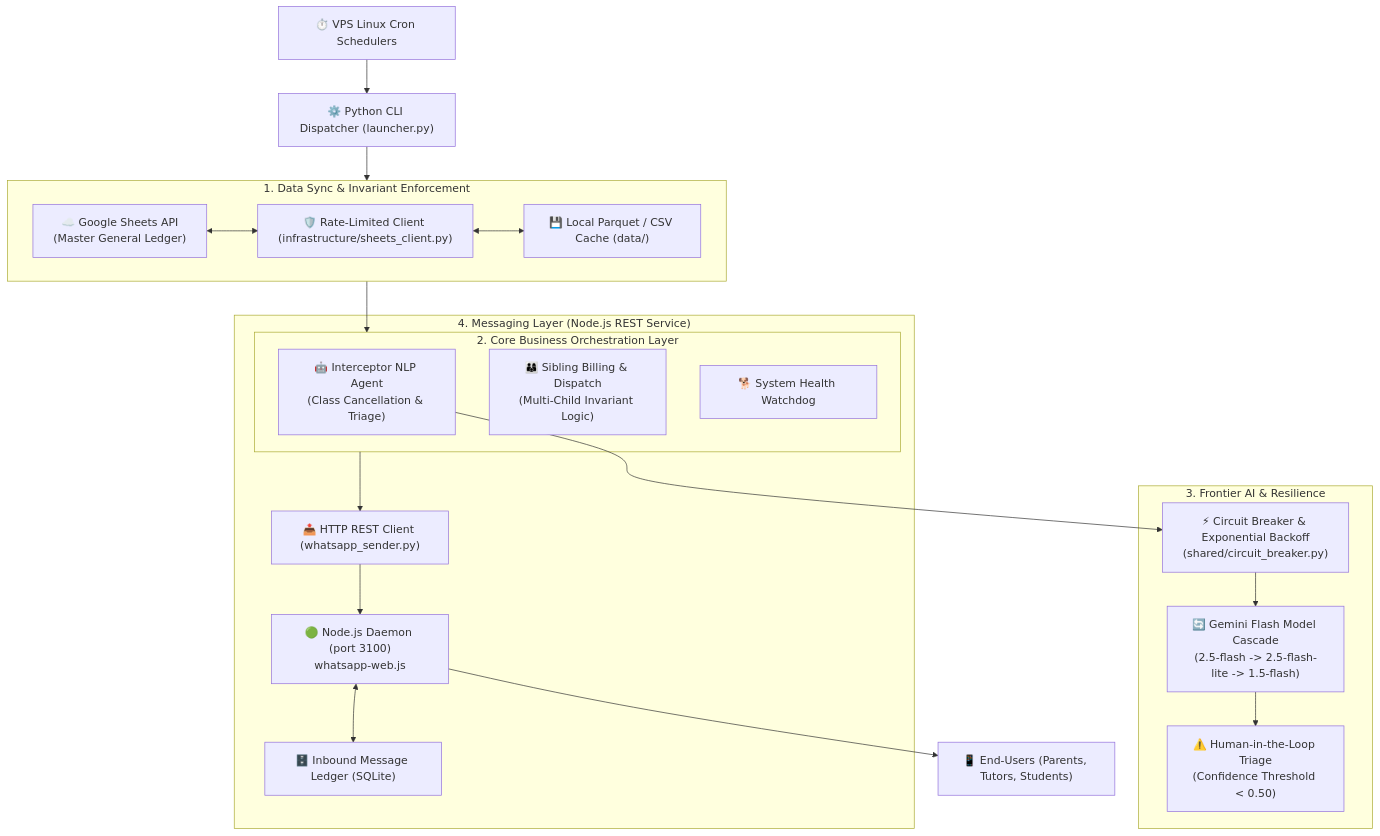
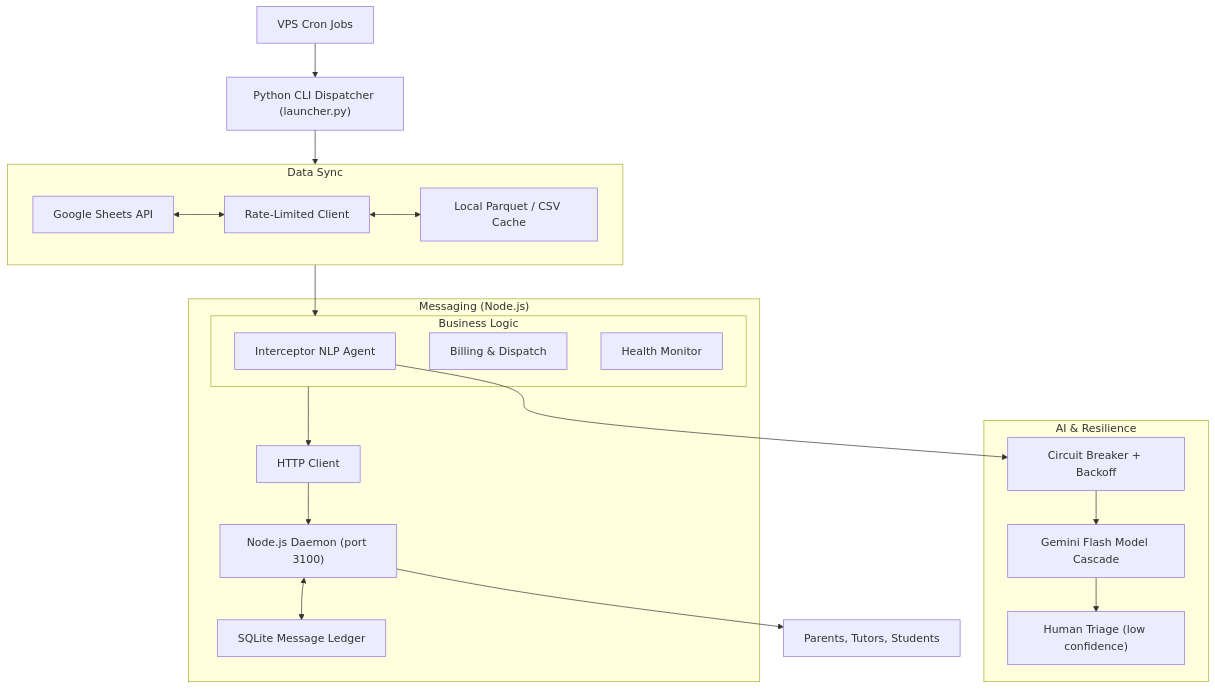
Before and after one commit to MiguelMartinVieira/itaca-autonomous-platform: the diagram in README.md, drawn with Mermaid. The commit also changed other lines of this file, not shown here.

````diff
--- a/README.md
+++ b/README.md
@@ -17,43 +12,42 @@
 ```mermaid
 flowchart TD
-    Cron["⏱️ VPS Linux Cron Schedulers"] --> Launcher["⚙️ Python CLI Dispatcher (launcher.py)"]
+    Cron["VPS Cron Jobs"] --> Launcher["Python CLI Dispatcher (launcher.py)"]
     
-    subgraph DataSyncLayer ["1. Data Sync & Invariant Enforcement"]
-        Sheets["☁️ Google Sheets API<br/>(Master General Ledger)"]
-        Client["🛡️ Rate-Limited Client (infrastructure/sheets_client.py)"]
-        Cache["💾 Local Parquet / CSV Cache (data/)"]
+    subgraph DataSync ["Data Sync"]
+        Sheets["Google Sheets API"]
+        Client["Rate-Limited Client"]
+        Cache["Local Parquet / CSV Cache"]
         Sheets <--> Client
         Client <--> Cache
     end
     
-    Launcher --> DataSyncLayer
+    Launcher --> DataSync
 
-    subgraph Workflows ["2. Core Business Orchestration Layer"]
-        Interceptor["🤖 Interceptor NLP Agent<br/>(Class Cancellation & Triage)"]
-        Padres["👨‍👩‍👦 Sibling Billing & Dispatch<br/>(Multi-Child Invariant Logic)"]
-        Watchdog["🐕 System Health Watchdog"]
+    subgraph Workflows ["Business Logic"]
+        Interceptor["Interceptor NLP Agent"]
+        Padres["Billing & Dispatch"]
+        Watchdog["Health Monitor"]
     end
     
-    DataSyncLayer --> Workflows
+    DataSync --> Workflows
 
-    subgraph IntelligenceLayer ["3. Frontier AI & Resilience"]
-        Cascade["🔄 Gemini Flash Model Cascade<br/>(2.5-flash -> 2.5-flash-lite -> 1.5-flash)"]
-        CB["⚡ Circuit Breaker & Exponential Backoff<br/>(shared/circuit_breaker.py)"]
-        HITL["⚠️ Human-in-the-Loop Triage<br/>(Confidence Threshold < 0.50)"]
+    subgraph AI ["AI & Resilience"]
+        Cascade["Gemini Flash Model Cascade"]
+        CB["Circuit Breaker + Backoff"]
+        HITL["Human Triage (low confidence)"]
         Interceptor --> CB
         CB --> Cascade
         Cascade --> HITL
     end
 
-    subgraph CommLayer ["4. Messaging Layer (Node.js REST Service)"]
-        Sender["📤 HTTP REST Client (whatsapp_sender.py)"]
-        NodeDaemon["🟢 Node.js Daemon (port 3100)<br/>whatsapp-web.js"]
-        SQLite["🗄️ Inbound Message Ledger (SQLite)"]
-        
+    subgraph Comms ["Messaging (Node.js)"]
+        Sender["HTTP Client"]
+        NodeDaemon["Node.js Daemon (port 3100)"]
+        SQLite["SQLite Message Ledger"]
         Workflows --> Sender
         Sender --> NodeDaemon
         NodeDaemon <--> SQLite
     end
 
-    NodeDaemon --> EndUsers["📱 End-Users (Parents, Tutors, Students)"]
+    NodeDaemon --> EndUsers["Parents, Tutors, Students"]
 ```
````
